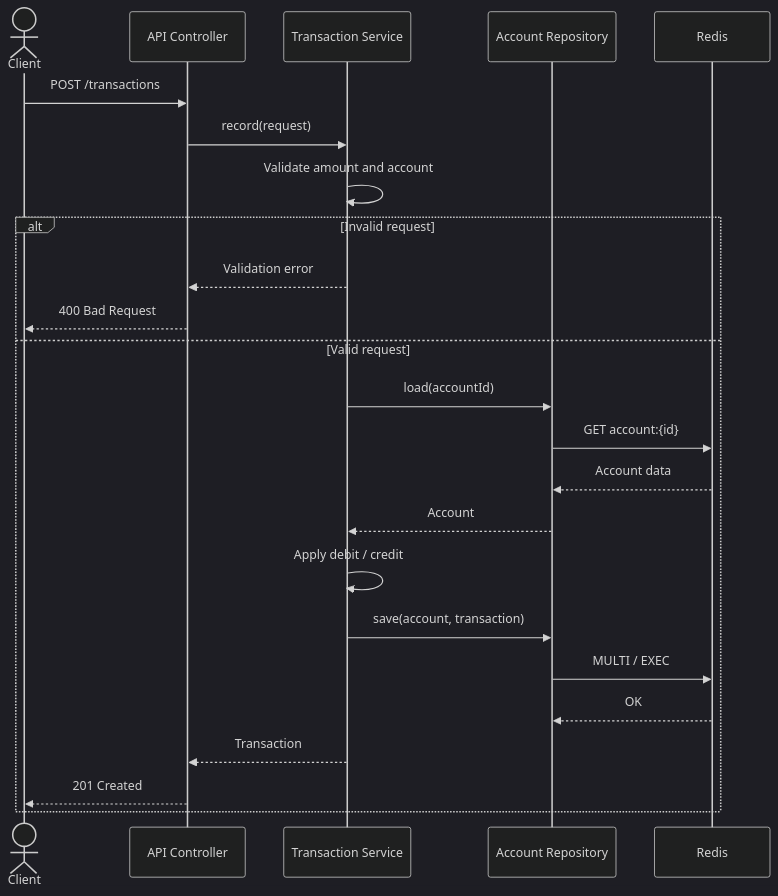
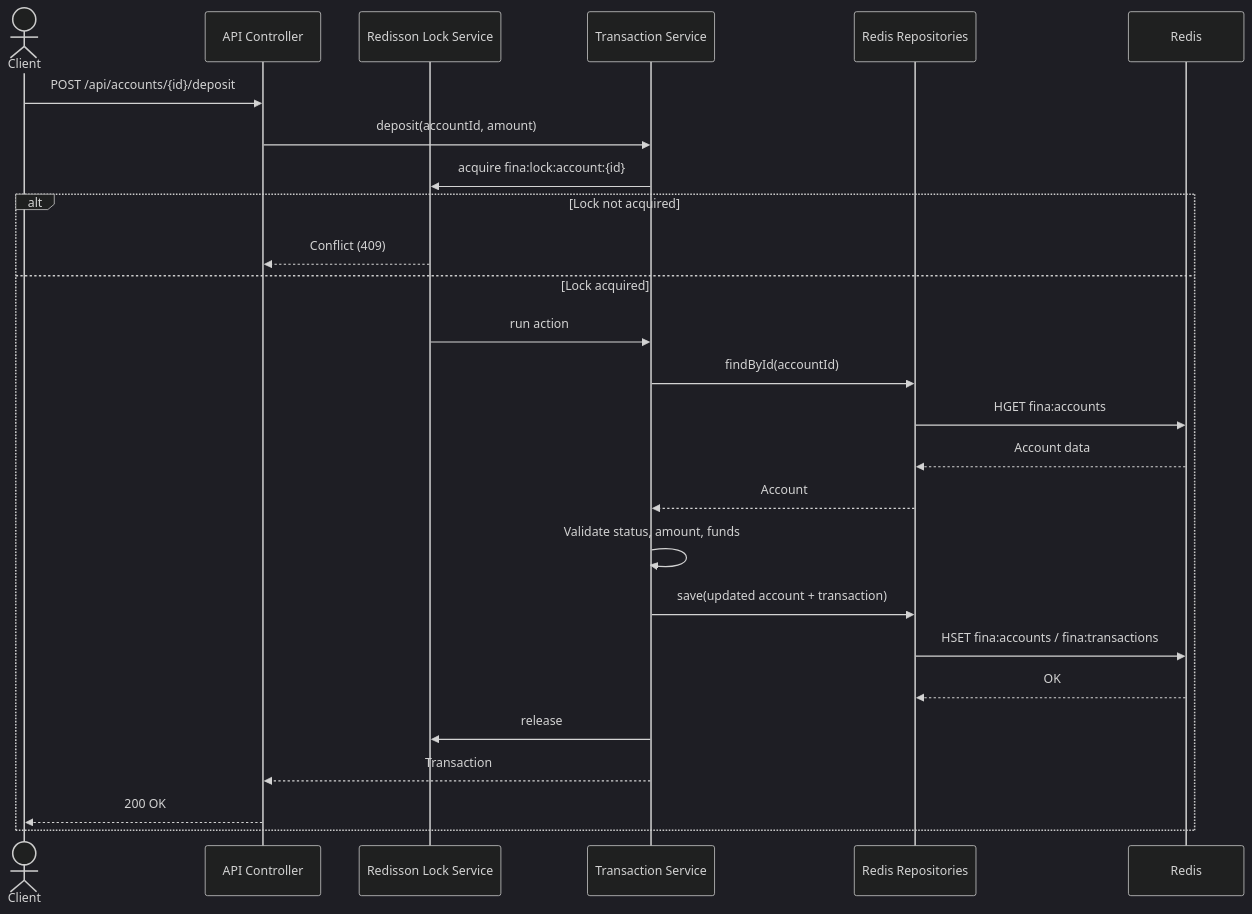
Before and after one commit to ogc16/fina: the fourth of 5 diagrams in README.md, drawn with Mermaid (dark theme). The commit also changed other lines of this file and 52 other files, not shown here.

Commit message:
feat: implement Java/Redis financial tracking service

````diff
--- a/README.md
+++ b/README.md
@@ -257,27 +347,29 @@
 ```mermaid
 sequenceDiagram
     actor Client
     participant API as API Controller
+    participant Lock as Redisson Lock Service
     participant Service as Transaction Service
-    participant Repo as Account Repository
+    participant Repo as Redis Repositories
     participant Redis as Redis
 
-    Client->>API: POST /transactions
-    API->>Service: record(request)
-    Service->>Service: Validate amount and account
-    alt Invalid request
-        Service-->>API: Validation error
-        API-->>Client: 400 Bad Request
-    else Valid request
-        Service->>Repo: load(accountId)
-        Repo->>Redis: GET account:{id}
+    Client->>API: POST /api/accounts/{id}/deposit
+    API->>Service: deposit(accountId, amount)
+    Service->>Lock: acquire fina:lock:account:{id}
+    alt Lock not acquired
+        Lock-->>API: Conflict (409)
+    else Lock acquired
+        Lock->>Service: run action
+        Service->>Repo: findById(accountId)
+        Repo->>Redis: HGET fina:accounts
         Redis-->>Repo: Account data
         Repo-->>Service: Account
-        Service->>Service: Apply debit / credit
-        Service->>Repo: save(account, transaction)
-        Repo->>Redis: MULTI / EXEC
+        Service->>Service: Validate status, amount, funds
+        Service->>Repo: save(updated account + transaction)
+        Repo->>Redis: HSET fina:accounts / fina:transactions
         Redis-->>Repo: OK
+        Service->>Lock: release
         Service-->>API: Transaction
-        API-->>Client: 201 Created
+        API-->>Client: 200 OK
     end
 ```
````
